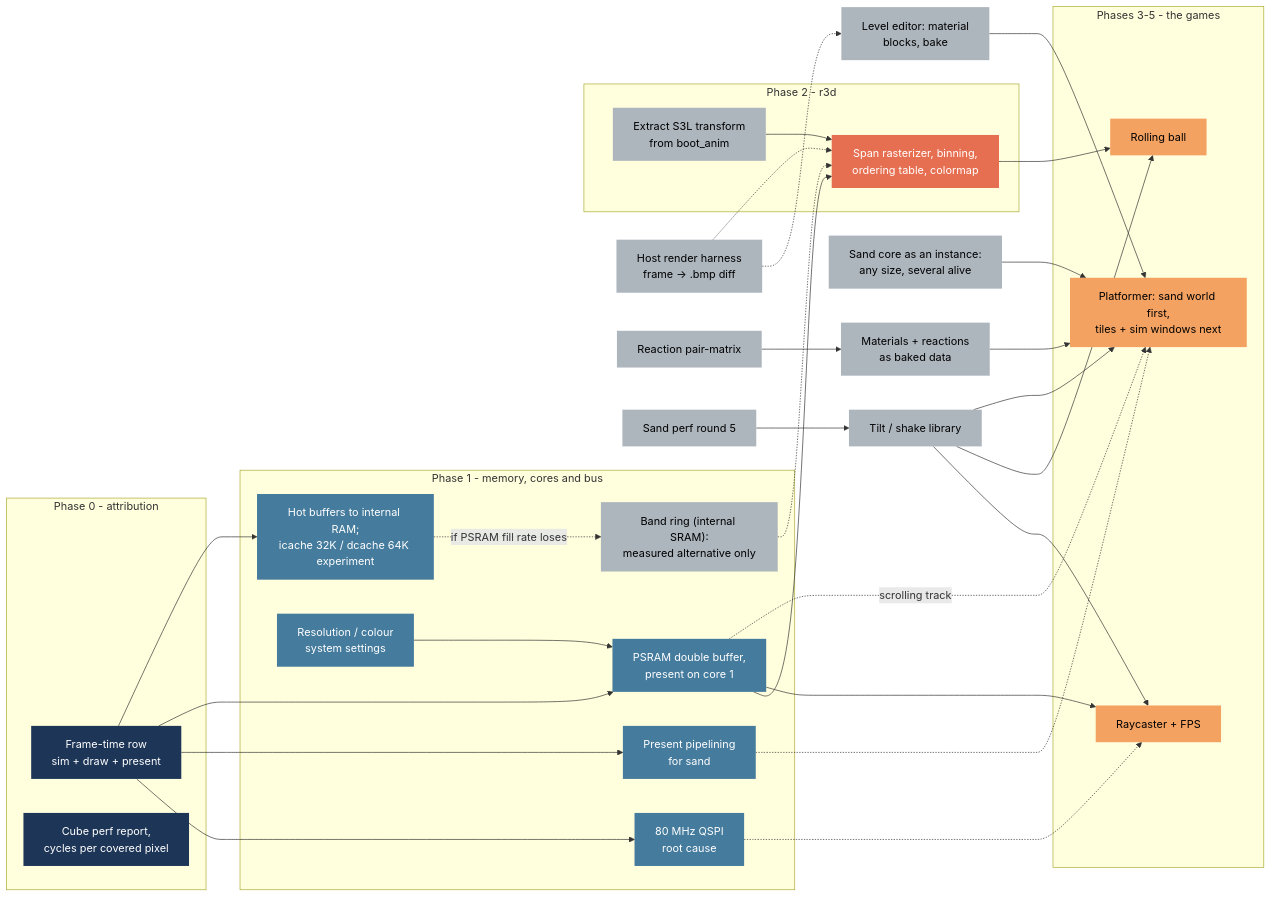
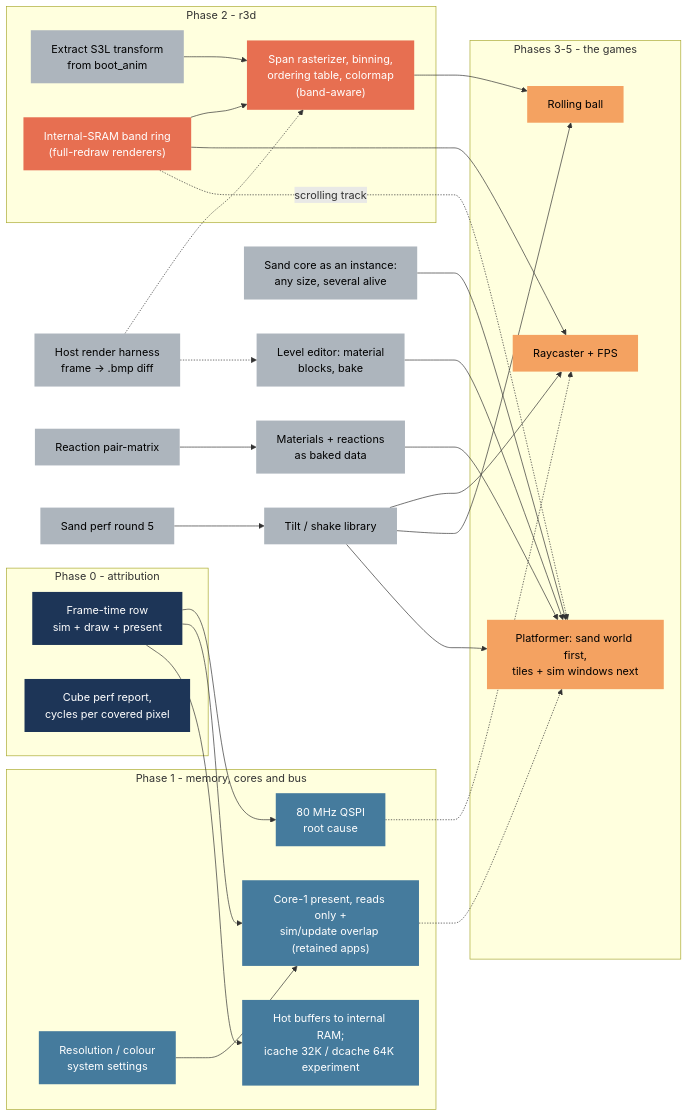
The first of 2 diagrams in docs/Autana-Rendering-Roadmap.md (jose-villegas/autana), drawn with Mermaid before and after one commit. The commit also changed other lines of this file, not shown here.

First line of the commit message:
docs: the roadmap reads PSRAM and never writes it in bulk

````diff
--- a/docs/Autana-Rendering-Roadmap.md
+++ b/docs/Autana-Rendering-Roadmap.md
@@ -31,62 +31,58 @@
 ```mermaid
 flowchart LR
   classDef p0 fill:#1d3557,color:#fff,stroke:none
   classDef p1 fill:#457b9d,color:#fff,stroke:none
   classDef p2 fill:#e76f51,color:#fff,stroke:none
   classDef game fill:#f4a261,color:#000,stroke:none
   classDef side fill:#adb5bd,color:#000,stroke:none
 
   subgraph P0["Phase 0 - attribution"]
     frameTime["Frame-time row<br/>sim + draw + present"]:::p0
     cubePerf["Cube perf report,<br/>cycles per covered pixel"]:::p0
   end
   subgraph P1["Phase 1 - memory, cores and bus"]
     busRoot["80 MHz QSPI<br/>root cause"]:::p1
-    presentPipe["Present pipelining<br/>for sand"]:::p1
-    doubleBuffer["PSRAM double buffer,<br/>present on core 1"]:::p1
+    corePresent["Core-1 present, reads only +<br/>sim/update overlap (retained apps)"]:::p1
     memPlacement["Hot buffers to internal RAM;<br/>icache 32K / dcache 64K experiment"]:::p1
-    bandRingAlt["Band ring (internal SRAM):<br/>measured alternative only"]:::side
     resSettings["Resolution / colour<br/>system settings"]:::p1
   end
   subgraph P2["Phase 2 - r3d"]
     s3lExtract["Extract S3L transform<br/>from boot_anim"]:::side
-    rasterizer["Span rasterizer, binning,<br/>ordering table, colormap"]:::p2
+    bandRing["Internal-SRAM band ring<br/>(full-redraw renderers)"]:::p2
+    rasterizer["Span rasterizer, binning,<br/>ordering table, colormap<br/>(band-aware)"]:::p2
   end
   subgraph G["Phases 3-5 - the games"]
     raycaster["Raycaster + FPS"]:::game
     rollingBall["Rolling ball"]:::game
     platformer["Platformer: sand world first,<br/>tiles + sim windows next"]:::game
   end
   hostHarness["Host render harness<br/>frame -> .bmp diff"]:::side
   levelEditor["Level editor: material<br/>blocks, bake"]:::side
   materialData["Materials + reactions<br/>as baked data"]:::side
   sandInstance["Sand core as an instance:<br/>any size, several alive"]:::side
   reactionMatrix["Reaction pair-matrix"]:::side
   tiltShake["Tilt / shake library"]:::side
   sandPerf5["Sand perf round 5"]:::side
 
   frameTime --> busRoot
-  frameTime --> presentPipe
-  frameTime --> doubleBuffer
+  frameTime --> corePresent
   frameTime --> memPlacement
-  resSettings --> doubleBuffer
-  memPlacement -.->|if PSRAM fill rate loses| bandRingAlt
-  doubleBuffer --> rasterizer
-  bandRingAlt -.-> rasterizer
+  resSettings --> corePresent
+  bandRing --> rasterizer
   s3lExtract --> rasterizer
-  doubleBuffer --> raycaster
+  bandRing --> raycaster
   tiltShake --> raycaster
   rasterizer --> rollingBall
   tiltShake --> rollingBall
   levelEditor --> platformer
   materialData --> platformer
   sandInstance --> platformer
   tiltShake --> platformer
   reactionMatrix --> materialData
-  doubleBuffer -.->|scrolling track| platformer
+  bandRing -.->|scrolling track| platformer
   sandPerf5 --> tiltShake
   hostHarness -.-> rasterizer
   hostHarness -.-> levelEditor
   busRoot -.-> raycaster
-  presentPipe -.-> platformer
+  corePresent -.-> platformer
 ```
````
